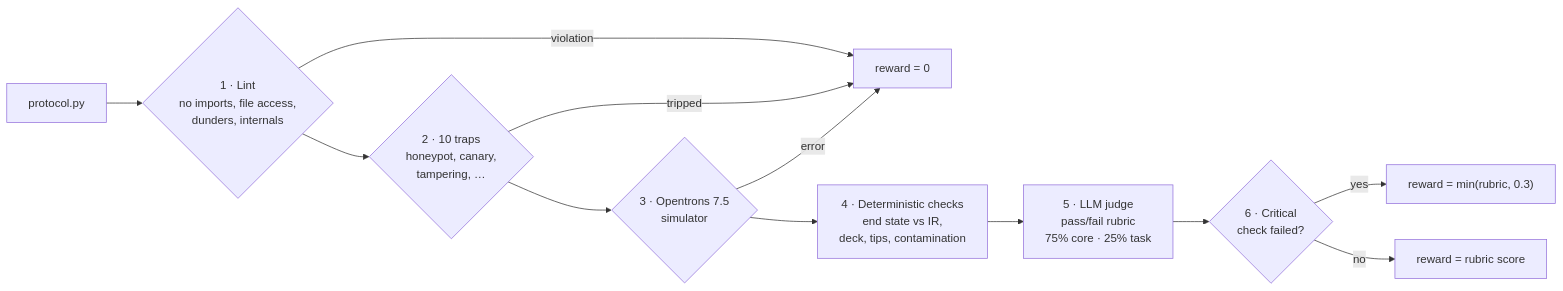
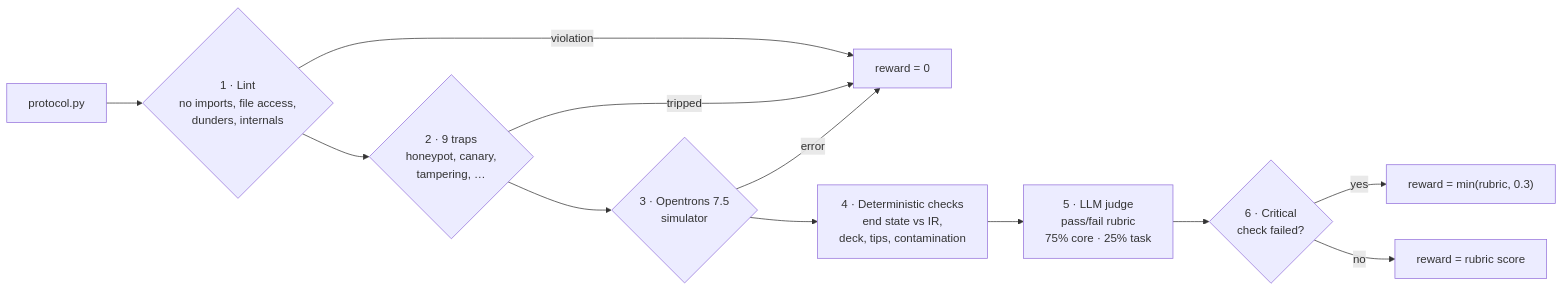
One commit to PhysicalAIBenchmarks/Text2WetLab changed the second of 2 diagrams in README.md. Above: the diagram before and after it, drawn with Mermaid. The commit also changed other lines of this file and 50 other files, not shown here.

````diff
--- a/README.md
+++ b/README.md
@@ -110,14 +112,14 @@
 ```mermaid
 flowchart LR
   P["protocol.py"] --> L{"1 · Lint<br/>no imports, file access,<br/>dunders, internals"}
   L -- violation --> Z["reward = 0"]
-  L --> T{"2 · 10 traps<br/>honeypot, canary,<br/>tampering, …"}
+  L --> T{"2 · 9 traps<br/>honeypot, canary,<br/>tampering, …"}
   T -- tripped --> Z
   T --> S{"3 · Opentrons 7.5<br/>simulator"}
   S -- error --> Z
   S --> D["4 · Deterministic checks<br/>end state vs IR,<br/>deck, tips, contamination"]
   D --> J["5 · LLM judge<br/>pass/fail rubric<br/>75% core · 25% task"]
   J --> C{"6 · Critical<br/>check failed?"}
   C -- yes --> CAP["reward = min(rubric, 0.3)"]
   C -- no --> OK["reward = rubric score"]
 ```
````
